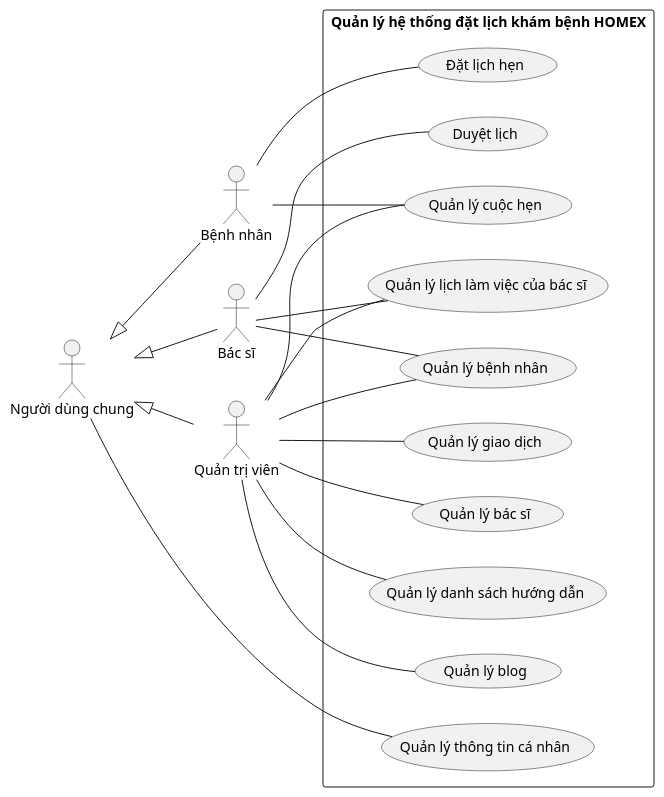
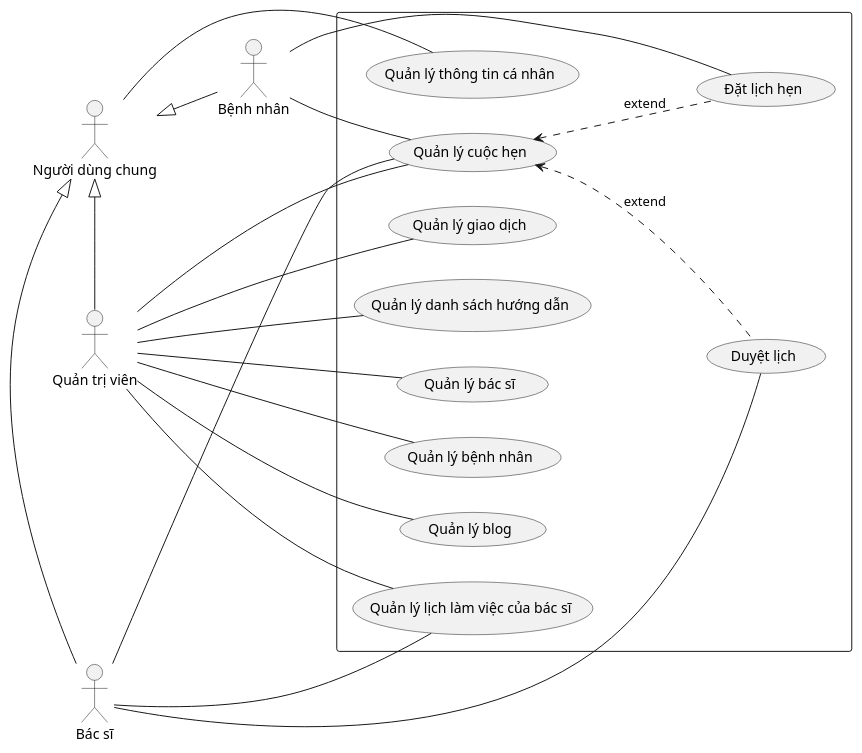
The diagram in Diagram_PlantUML/UsecaseDia/UsecaseDiagram.puml (KhoaSinno/figma_HOMEX), drawn with PlantUML before and after one commit.

Commit message:
update design usecase diagram

```diff
--- a/Diagram_PlantUML/UsecaseDia/UsecaseDiagram.puml
+++ b/Diagram_PlantUML/UsecaseDia/UsecaseDiagram.puml
@@ -1,45 +1,57 @@
 @startuml HOMEX
 
 left to right direction
+skinparam shadowing false
+skinparam note {
+BorderColor #black
+BackgroundColor #white
+FontColor black
+}
 
 actor "Người dùng chung" as User
 actor "Bệnh nhân" as Patient
 actor "Bác sĩ" as Doctor
 actor "Quản trị viên" as Admin
 
-rectangle "Quản lý hệ thống đặt lịch khám bệnh HOMEX" {
+rectangle " " {
     usecase "Quản lý thông tin cá nhân" as info_management
     usecase "Quản lý bác sĩ" as doctor_management
     usecase "Quản lý bệnh nhân" as patient_management
     usecase "Quản lý blog" as blog_management
     usecase "Quản lý lịch làm việc của bác sĩ" as workSchedule_management
     usecase "Quản lý cuộc hẹn" as appointment_management
     usecase "Đặt lịch hẹn" as appointment_book
     usecase "Duyệt lịch" as approve
     usecase "Quản lý giao dịch" as transaction_management
     usecase "Quản lý danh sách hướng dẫn" as instrument_management
     
 }
 
+appointment_management <.. appointment_book: extend
+appointment_management <.. approve: extend
+
+left to right direction
+User --- info_management
+
+Doctor --- approve
+Doctor --- workSchedule_management
+Doctor --- appointment_management
+
+Patient -- appointment_management
+Patient -- appointment_book
+
 Admin -- doctor_management
 Admin -- patient_management
 Admin -- workSchedule_management
-Admin -- blog_management
-Admin -- appointment_management
+Admin --- blog_management
+Admin --- appointment_management
 Admin -- transaction_management
 Admin -- instrument_management
 
-User -- info_management
+User <|-- Patient
+User <|- Doctor
+User <|- Admin
 
-Patient -- appointment_book
-Patient -- appointment_management
 
-Doctor -- approve
-Doctor -- workSchedule_management
-Doctor -- patient_management
-
-User <|-- Patient
-User <|-- Doctor
-User <|-- Admin
 
 @enduml
```
